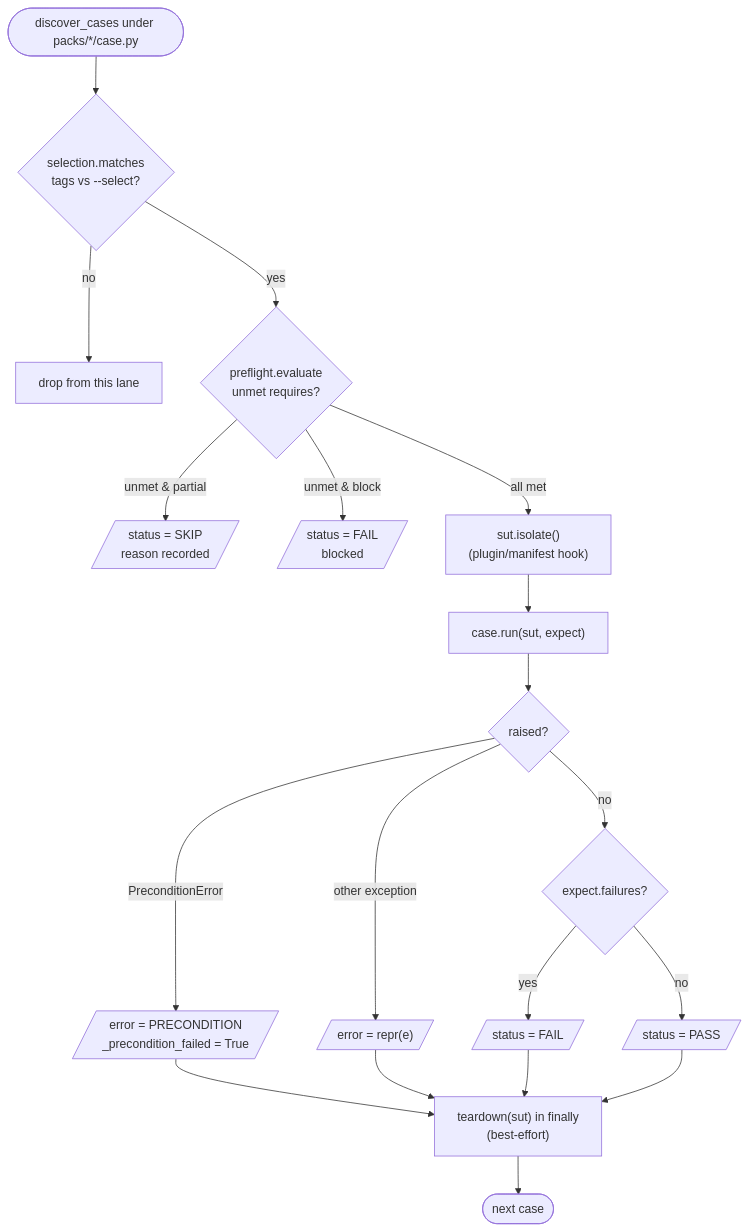
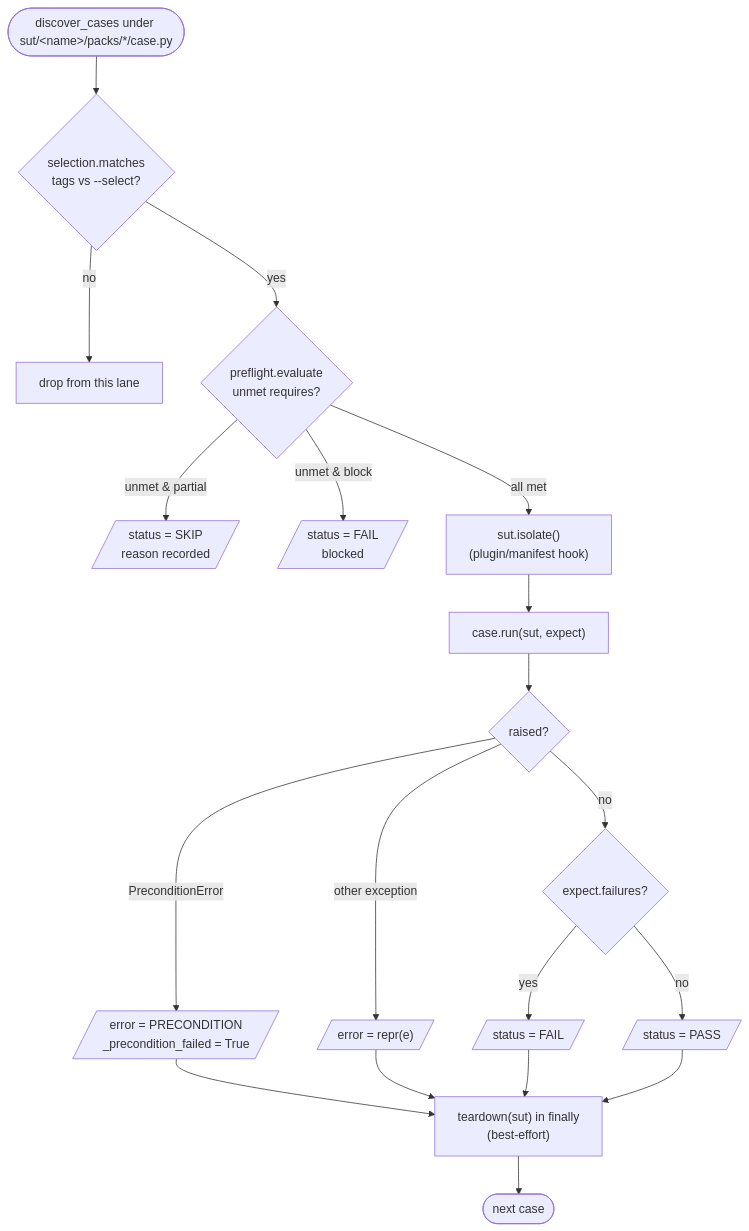
One commit to Calevi-Consulting/qensei changed the first of 2 diagrams in docs/regression-gate.md. Above: the diagram before and after it, drawn with Mermaid. The commit also changed 109 other files, not shown here.

````diff
--- a/docs/regression-gate.md
+++ b/docs/regression-gate.md
@@ -30,21 +30,21 @@
 ```mermaid
 flowchart TD
-  start([discover_cases under packs/*/case.py]) --> filt{selection.matches<br/>tags vs --select?}
+  start([discover_cases under sut/&lt;name&gt;/packs/*/case.py]) --> filt{selection.matches<br/>tags vs --select?}
   filt -- no --> skip1[drop from this lane]
   filt -- yes --> pf{preflight.evaluate<br/>unmet requires?}
   pf -- "unmet & partial" --> SKIP[/status = SKIP<br/>reason recorded/]
   pf -- "unmet & block" --> FAILb[/status = FAIL<br/>blocked/]
   pf -- "all met" --> iso["sut.isolate()<br/>(plugin/manifest hook)"]
   iso --> runc["case.run(sut, expect)"]
   runc --> exc{raised?}
   exc -- "PreconditionError" --> precond[/error = PRECONDITION<br/>_precondition_failed = True/]
   exc -- "other exception" --> err[/"error = repr(e)"/]
   exc -- "no" --> softs{expect.failures?}
   precond --> td
   err --> td
   softs -- yes --> FAIL[/status = FAIL/]
   softs -- no --> PASS[/status = PASS/]
   FAIL --> td["teardown(sut) in finally<br/>(best-effort)"]
   PASS --> td
   td --> nextc([next case])
 ```
````
